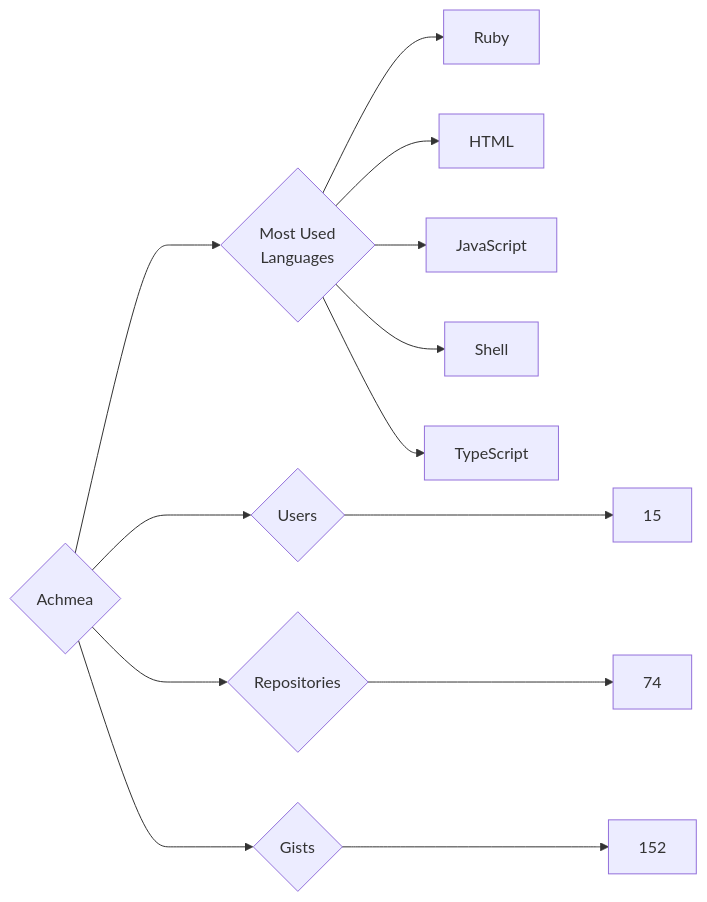
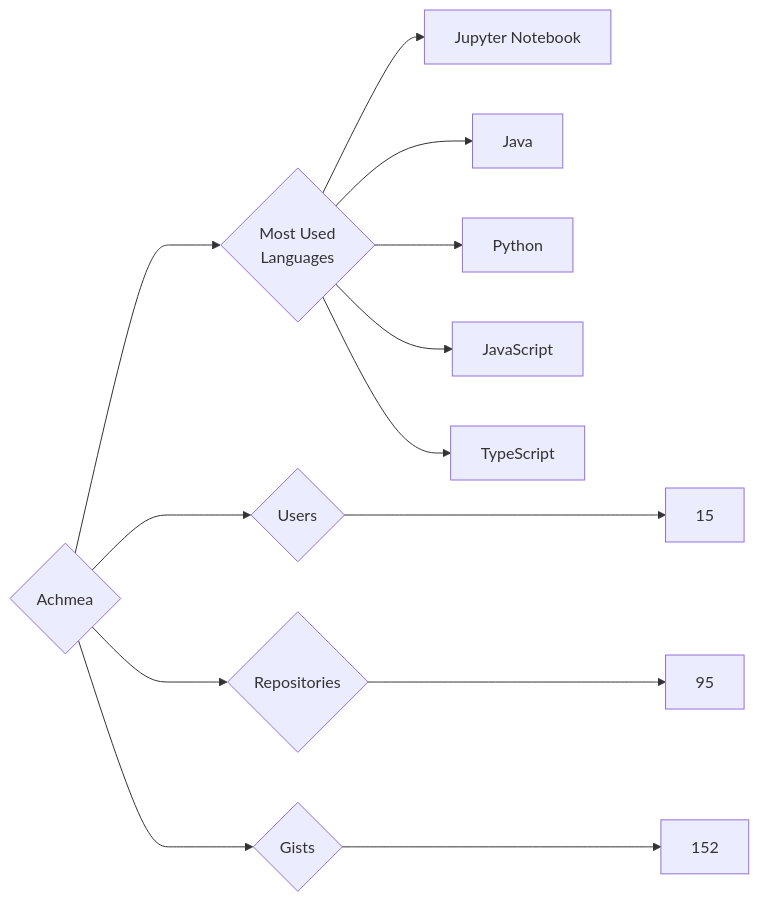
One commit to trickest/insiders changed the diagram in targets/Achmea/README.md. Above: the diagram before and after it, drawn with Mermaid. The commit also changed 944 other files, not shown here.

````diff
--- a/targets/Achmea/README.md
+++ b/targets/Achmea/README.md
@@ -3,13 +3,13 @@
 ```mermaid
 graph LR
 COMPANY_NAME{Achmea}
 COMPANY_NAME ---> U{Users} ---> UN[15]
-COMPANY_NAME ---> R{Repositories} ---> RN[74]
+COMPANY_NAME ---> R{Repositories} ---> RN[95]
 COMPANY_NAME ---> G{Gists} ---> GN[152]
 COMPANY_NAME ---> ML{Most Used<br>Languages}
-ML --> Ruby[Ruby]
-ML --> HTML[HTML]
+ML --> Jupyter_Notebook[Jupyter Notebook]
+ML --> Java[Java]
+ML --> Python[Python]
 ML --> JavaScript[JavaScript]
-ML --> Shell[Shell]
 ML --> TypeScript[TypeScript]
 ```
````
